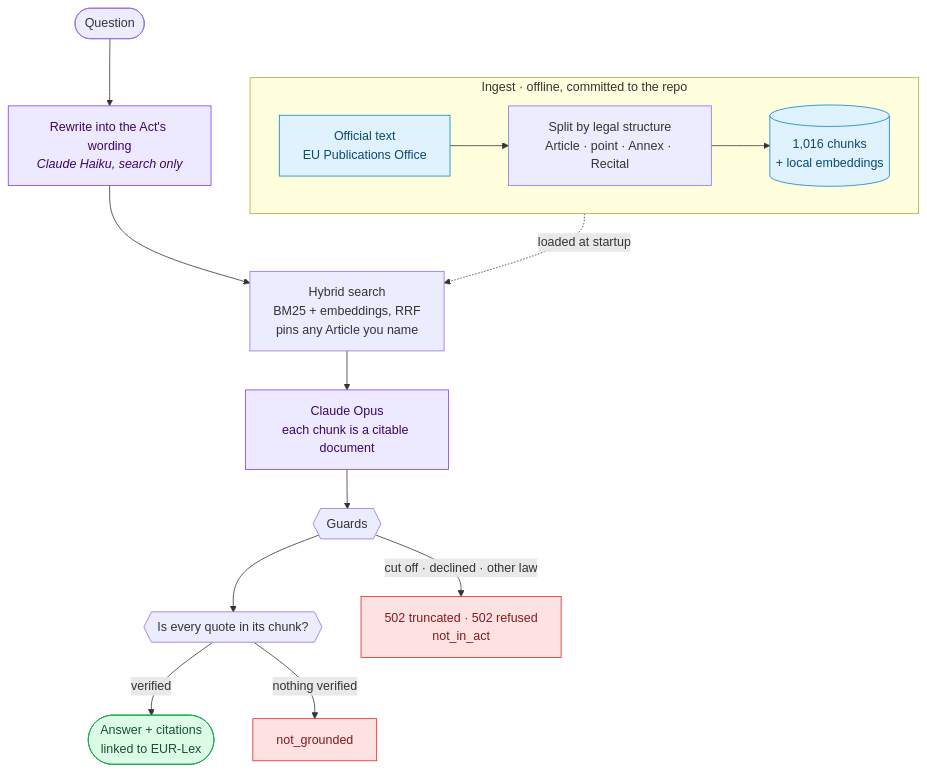
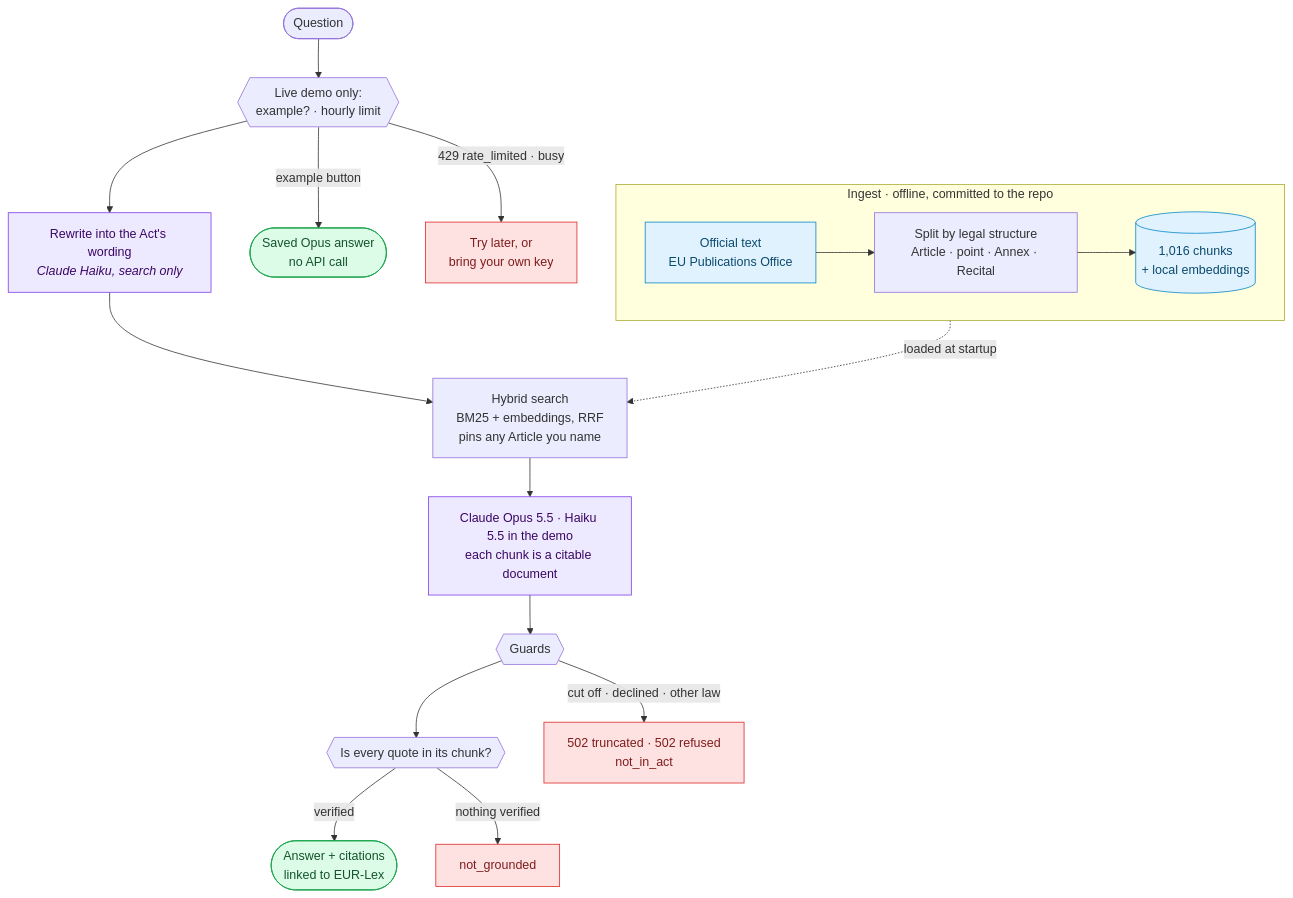
The diagram in README.md (Finjineersdev/eu-ai-act-rag), drawn with Mermaid before and after one commit. The commit also changed other lines of this file and 23 other files, not shown here.

````diff
--- a/README.md
+++ b/README.md
@@ -30,22 +30,25 @@
 ```mermaid
 flowchart TB
     subgraph ingest["Ingest · offline, committed to the repo"]
         direction LR
         A["Official text<br/>EU Publications Office"]:::data --> B["Split by legal structure<br/>Article · point · Annex · Recital"] --> C[("1,016 chunks<br/>+ local embeddings")]:::data
     end
 
-    Q(["Question"]) --> W["Rewrite into the Act's wording<br/><i>Claude Haiku, search only</i>"]:::llm
+    Q(["Question"]) --> D{{"Live demo only:<br/>example? · hourly limit"}}
+    D -- "example button" --> SV(["Saved Opus answer<br/>no API call"]):::ok
+    D -- "429 rate_limited · busy" --> RL["Try later, or<br/>bring your own key"]:::stop
+    D --> W["Rewrite into the Act's wording<br/><i>Claude Haiku, search only</i>"]:::llm
     W --> R["Hybrid search<br/>BM25 + embeddings, RRF<br/>pins any Article you name"]
     ingest -. loaded at startup .-> R
-    R --> L["Claude Opus<br/>each chunk is a citable document"]:::llm
+    R --> L["Claude Opus 5.5 · Haiku 5.5 in the demo<br/>each chunk is a citable document"]:::llm
     L --> G{{"Guards"}}
     G --> V{{"Is every quote in its chunk?"}}
     G -- "cut off · declined · other law" --> S["502 truncated · 502 refused<br/>not_in_act"]:::stop
     V -- "verified" --> OK(["Answer + citations<br/>linked to EUR-Lex"]):::ok
     V -- "nothing verified" --> N["not_grounded"]:::stop
 
     classDef data fill:#e0f2fe,stroke:#0284c7,color:#0c4a6e
     classDef llm fill:#ede9fe,stroke:#7c3aed,color:#3b0764
     classDef ok fill:#dcfce7,stroke:#16a34a,color:#14532d
     classDef stop fill:#fee2e2,stroke:#dc2626,color:#7f1d1d
 ```
````
